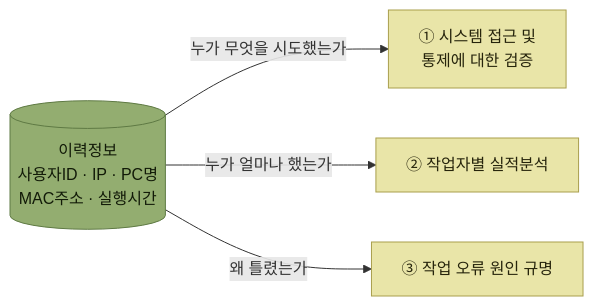
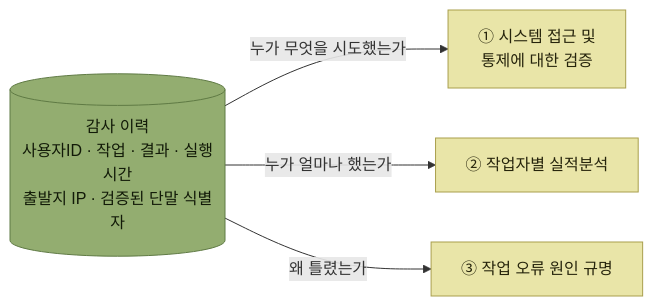
One commit to devholic22/logistics-backend-study changed the diagram in books/wms-원리와-이해/9-권한보안관리/3-보안감사.md. Above: the diagram before and after it, drawn with Mermaid. The commit also changed other lines of this file and 1 other file, not shown here.

````diff
--- a/books/wms-원리와-이해/9-권한보안관리/3-보안감사.md
+++ b/books/wms-원리와-이해/9-권한보안관리/3-보안감사.md
@@ -32,16 +42,16 @@
 ```mermaid
 flowchart LR
-    LOG[("이력정보<br/>사용자ID · IP · PC명<br/>MAC주소 · 실행시간")]
+    LOG[("감사 이력<br/>사용자ID · 작업 · 결과 · 실행시간<br/>출발지 IP · 검증된 단말 식별자")]
     U1["① 시스템 접근 및<br/>통제에 대한 검증"]
     U2["② 작업자별 실적분석"]
     U3["③ 작업 오류 원인 규명"]
 
     LOG -- "누가 무엇을 시도했는가" --> U1
     LOG -- "누가 얼마나 했는가" --> U2
     LOG -- "왜 틀렸는가" --> U3
 
     classDef core fill:#93ad70,stroke:#5f7a44,color:#121a08
     classDef sys fill:#e9e5a8,stroke:#a99f4d,color:#26240c
     class LOG core
     class U1,U2,U3 sys
 ```
````
